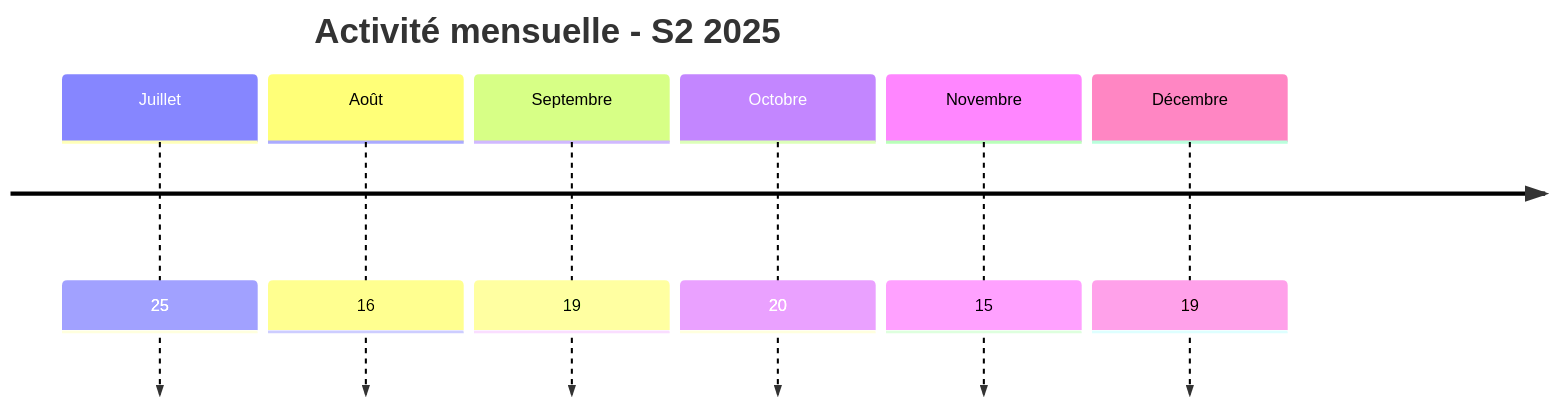
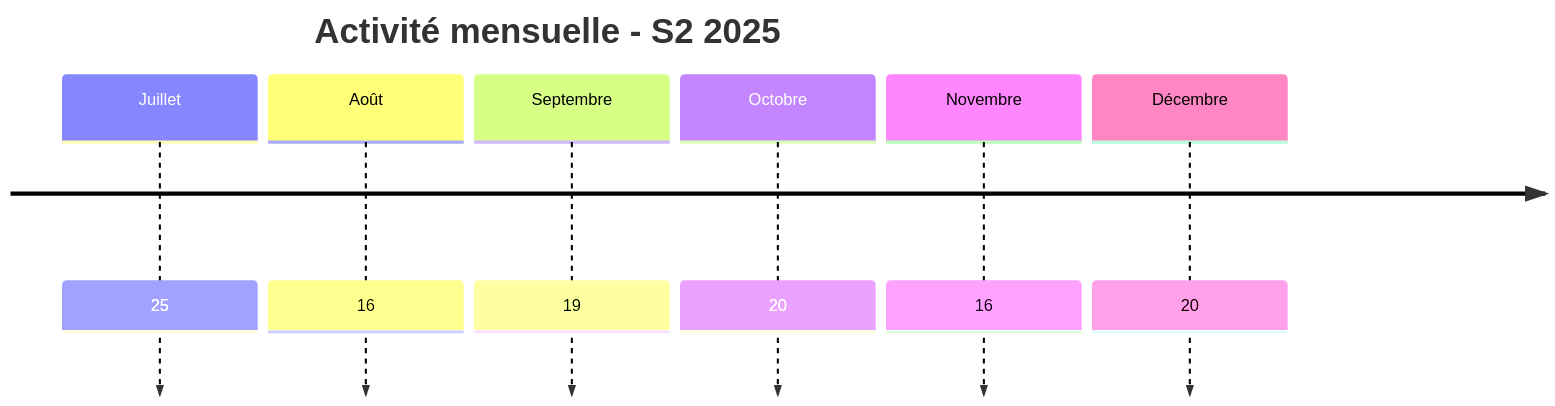
One commit to Hatchepsoute/AFRINTEL changed the first of 2 diagrams in CyberAttackAfrica/2025/README_H2_FR.md. Above: the diagram before and after it, drawn with Mermaid. The commit also changed other lines of this file and 90 other files, not shown here.

````diff
--- a/CyberAttackAfrica/2025/README_H2_FR.md
+++ b/CyberAttackAfrica/2025/README_H2_FR.md
@@ -96,10 +96,10 @@
 ```mermaid
 timeline
     title Activité mensuelle - S2 2025
     Juillet : 25
     Août : 16
     Septembre : 19
     Octobre : 20
-    Novembre : 15
-    Décembre : 19
+    Novembre : 16
+    Décembre : 20
 ```
````
